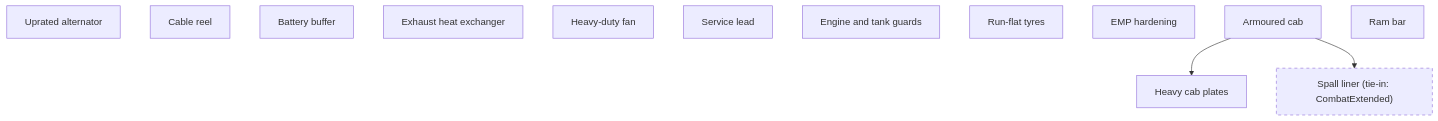
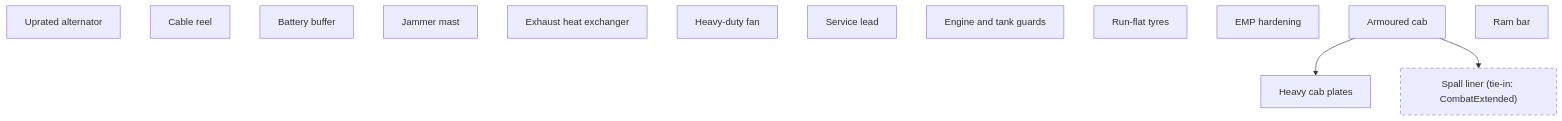
The second of 2 diagrams in docs/development/vehicle-generator-set.md (phobos-dthorga/phobos-rimworld), drawn with Mermaid before and after one commit. The commit also changed other lines of this file and 26 other files, not shown here.

First line of the commit message:
The Busbar's jammer mast (Framework 0.227.0, Vehicles 0.100.0)

````diff
--- a/docs/development/vehicle-generator-set.md
+++ b/docs/development/vehicle-generator-set.md
@@ -228,20 +232,21 @@
 ```mermaid
 flowchart TB
   BiggerAlternator["Uprated alternator"]
   CableReel["Cable reel"]
   BatteryBuffer["Battery buffer"]
+  GroundJammer["Jammer mast"]
   HeatRecovery["Exhaust heat exchanger"]
   HeavyFan["Heavy-duty fan"]
   PhobosServiceLead["Service lead"]
   PhobosEngineGuards["Engine and tank guards"]
   PhobosRunFlatTyres["Run-flat tyres"]
   PhobosEmpHardening["EMP hardening"]
   PhobosArmouredCab["Armoured cab"]
   PhobosRamBar["Ram bar"]
   PhobosHeavyCabPlates["Heavy cab plates"]
   PhobosSpallLiner["Spall liner (tie-in: CombatExtended)"]
   PhobosArmouredCab --> PhobosHeavyCabPlates
   PhobosArmouredCab --> PhobosSpallLiner
   classDef tiein stroke-dasharray: 5 5
   class PhobosSpallLiner tiein
 ```
````
